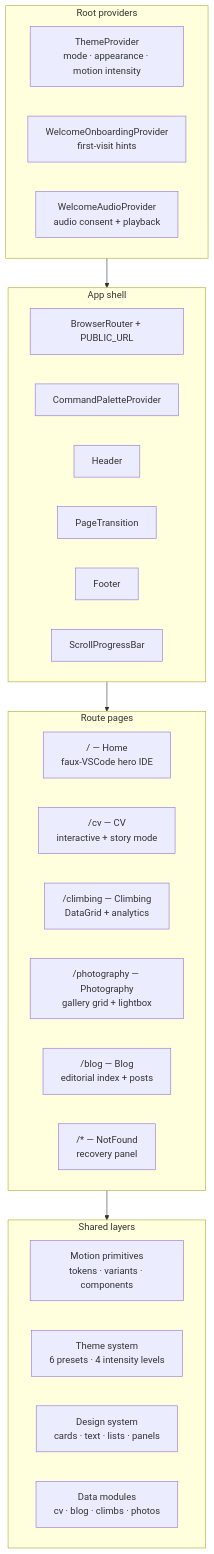
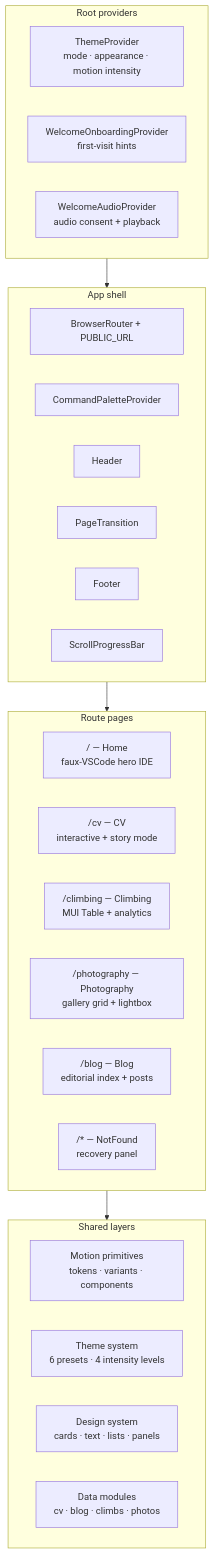
Before and after one commit to danphenderson/dev-danhenderson: the diagram in docs/README.md, drawn with Mermaid. The commit also changed 324 other files, not shown here.

````diff
--- a/docs/README.md
+++ b/docs/README.md
@@ -36,37 +36,37 @@
 ```mermaid
 flowchart TB
   subgraph Providers["Root providers"]
     TP[ThemeProvider<br/>mode · appearance · motion intensity]
     WO[WelcomeOnboardingProvider<br/>first-visit hints]
     WA[WelcomeAudioProvider<br/>audio consent + playback]
   end
 
   subgraph Shell["App shell"]
     Router[BrowserRouter + PUBLIC_URL]
     CP[CommandPaletteProvider]
     Header
     PT[PageTransition]
     Footer
     SPB[ScrollProgressBar]
   end
 
   subgraph Routes["Route pages"]
     Home["/ — Home<br/>faux-VSCode hero IDE"]
     CV["/cv — CV<br/>interactive + story mode"]
-    Climbing["/climbing — Climbing<br/>DataGrid + analytics"]
+    Climbing["/climbing — Climbing<br/>MUI Table + analytics"]
     Photography["/photography — Photography<br/>gallery grid + lightbox"]
     Blog["/blog — Blog<br/>editorial index + posts"]
     NF["/* — NotFound<br/>recovery panel"]
   end
 
   subgraph Shared["Shared layers"]
     Motion["Motion primitives<br/>tokens · variants · components"]
     Theme["Theme system<br/>6 presets · 4 intensity levels"]
     DS["Design system<br/>cards · text · lists · panels"]
     Data["Data modules<br/>cv · blog · climbs · photos"]
   end
 
   Providers --> Shell
   Shell --> Routes
   Routes --> Shared
 ```
````
